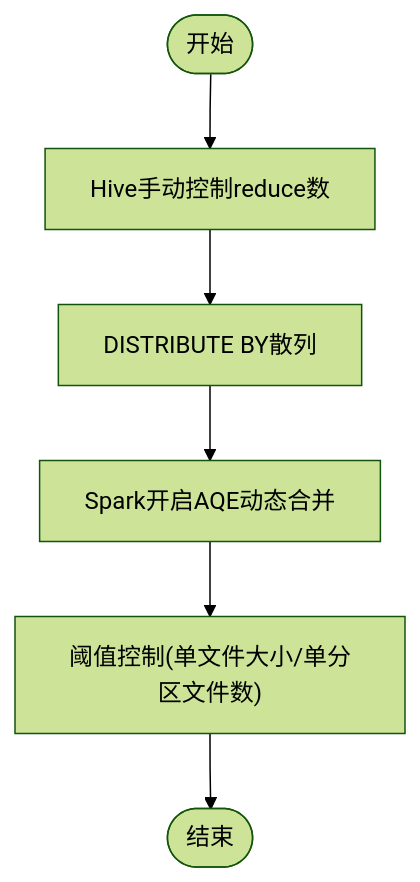
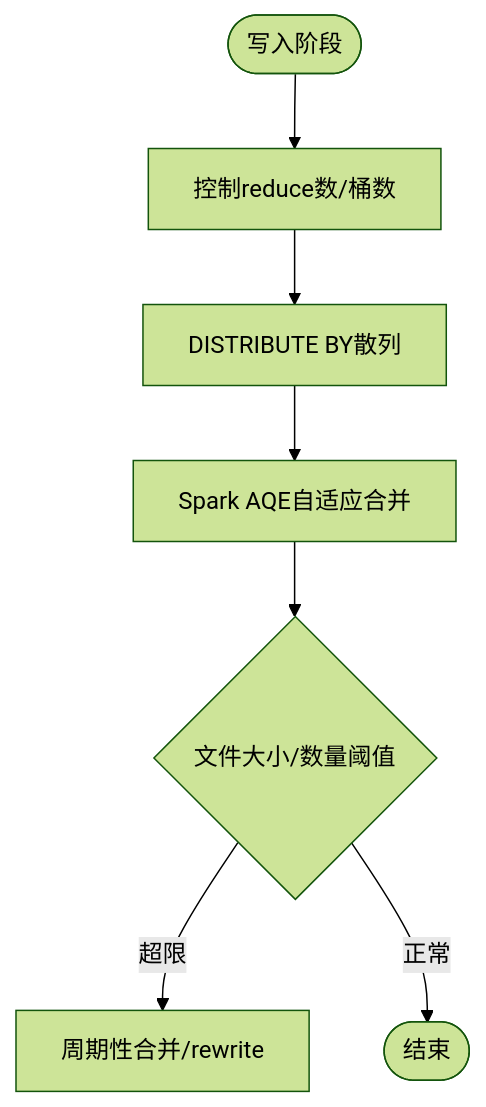
One commit to 13679659643/Data_Warehouse_Engineering changed the sixth of 12 diagrams in .qoder/repowiki/zh/content/知识库系统/ETL模式库.md. Above: the diagram before and after it, drawn with Mermaid (forest theme). The commit also changed other lines of this file and 88 other files, not shown here.

````diff
--- a/.qoder/repowiki/zh/content/知识库系统/ETL模式库.md
+++ b/.qoder/repowiki/zh/content/知识库系统/ETL模式库.md
@@ -251,8 +250,9 @@
 ```mermaid
 flowchart TD
-Start(["开始"]) --> ControlReduce["Hive手动控制reduce数"]
-ControlReduce --> DistributeBy["DISTRIBUTE BY散列"]
-DistributeBy --> AQE["Spark开启AQE动态合并"]
-AQE --> Threshold["阈值控制(单文件大小/单分区文件数)"]
-Threshold --> End(["结束"])
+Start(["写入阶段"]) --> Reduce["控制reduce数/桶数"]
+Reduce --> Distribute["DISTRIBUTE BY散列"]
+Distribute --> AQE["Spark AQE自适应合并"]
+AQE --> Threshold{"文件大小/数量阈值"}
+Threshold --> |超限| Manual["周期性合并/rewrite"]
+Threshold --> |正常| End(["结束"])
 ```
````
